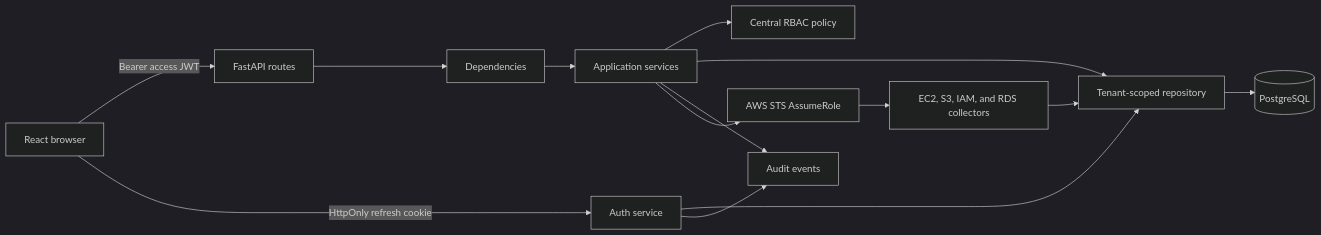
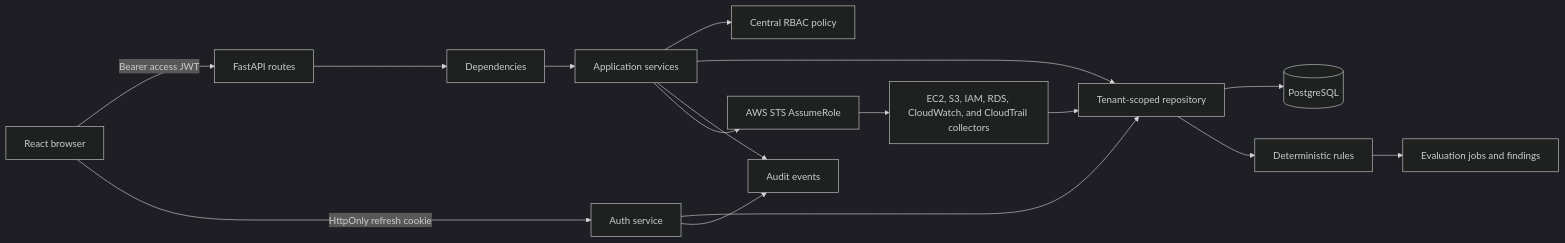
Before and after one commit to cloudops-project/CloudOps: the second of 2 diagrams in NEW_CHAT_CONTEXT.md, drawn with Mermaid (dark theme). The commit also changed other lines of this file and 18 other files, not shown here.

````diff
--- a/NEW_CHAT_CONTEXT.md
+++ b/NEW_CHAT_CONTEXT.md
@@ -90,16 +89,18 @@
 ```mermaid
 flowchart LR
   B[React browser] -->|Bearer access JWT| R[FastAPI routes]
   B -->|HttpOnly refresh cookie| A[Auth service]
   R --> D[Dependencies]
   D --> S[Application services]
   S --> P[Central RBAC policy]
   S --> Q[Tenant-scoped repository]
   A --> Q
   Q --> DB[(PostgreSQL)]
   S --> E[Audit events]
   A --> E
   S --> STS[AWS STS AssumeRole]
-  STS --> C[EC2, S3, IAM, and RDS collectors]
+  STS --> C[EC2, S3, IAM, RDS, CloudWatch, and CloudTrail collectors]
   C --> Q
+  Q --> RE[Deterministic rules]
+  RE --> F[Evaluation jobs and findings]
 ```
````
